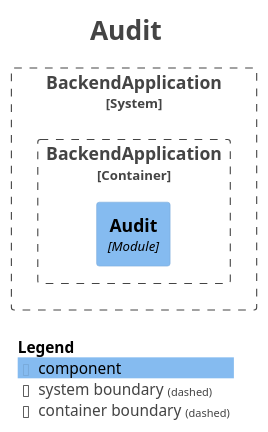
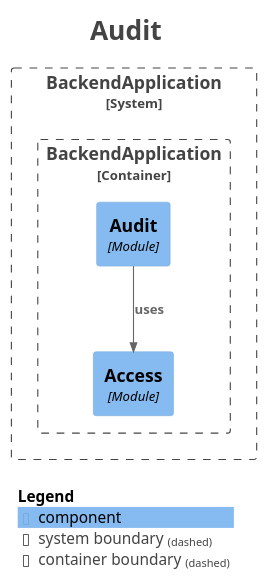
The diagram in docs/architecture/modules/module-audit.puml (fxavier/restaurantePRO), drawn with PlantUML before and after one commit. The commit also changed 23 other files, not shown here.

First line of the commit message:
docs(architecture): regenerate the module documentation for R2

```diff
--- a/docs/architecture/modules/module-audit.puml
+++ b/docs/architecture/modules/module-audit.puml
@@ -1,27 +1,30 @@
 @startuml
 title <size:24>Audit</size>
 
 set separator none
 top to bottom direction
 
 <style>
   root {
     BackgroundColor: #ffffff
     FontColor: #444444
   }
 </style>
 
 !include <C4/C4>
 !include <C4/C4_Context>
 !include <C4/C4_Component>
 
 System_Boundary("BackendApplication_boundary", "BackendApplication", $tags="") {
   Container_Boundary("BackendApplication.BackendApplication_boundary", "BackendApplication", $tags="") {
+    Component(BackendApplication.BackendApplication.Access, "Access", $techn="Module", $descr="", $tags="", $link="")
     Component(BackendApplication.BackendApplication.Audit, "Audit", $techn="Module", $descr="", $tags="", $link="")
   }
 
 }
 
+Rel(BackendApplication.BackendApplication.Audit, BackendApplication.BackendApplication.Access, "uses", $techn="", $tags="", $link="")
+
 SHOW_LEGEND(true)
 hide stereotypes
 @enduml
```
